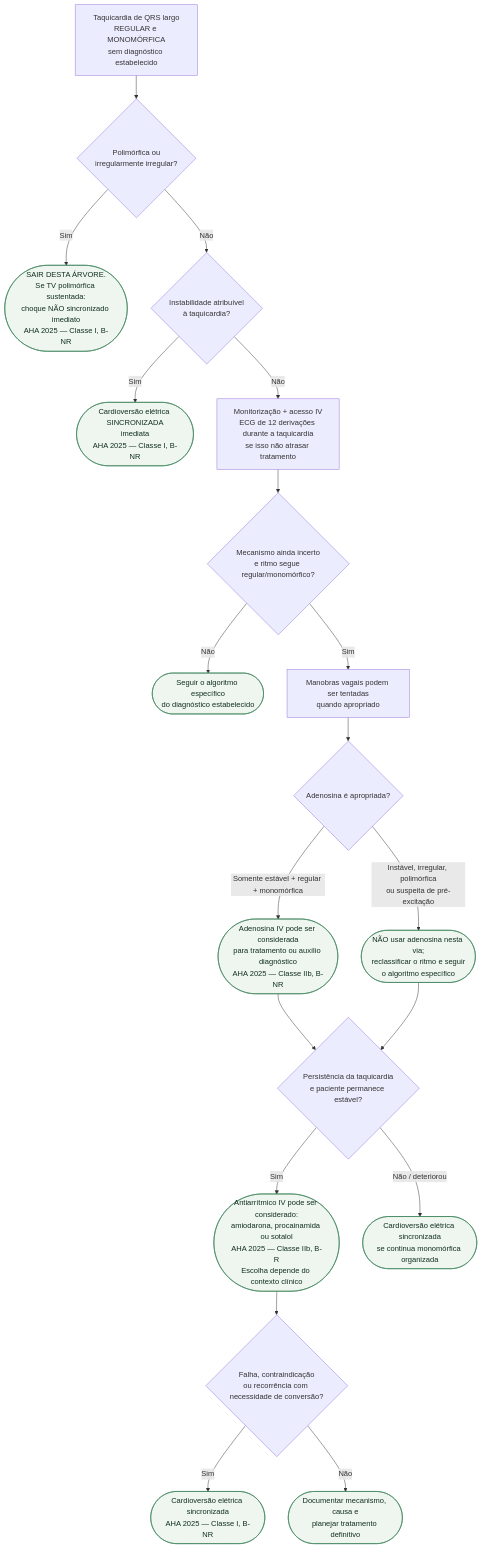
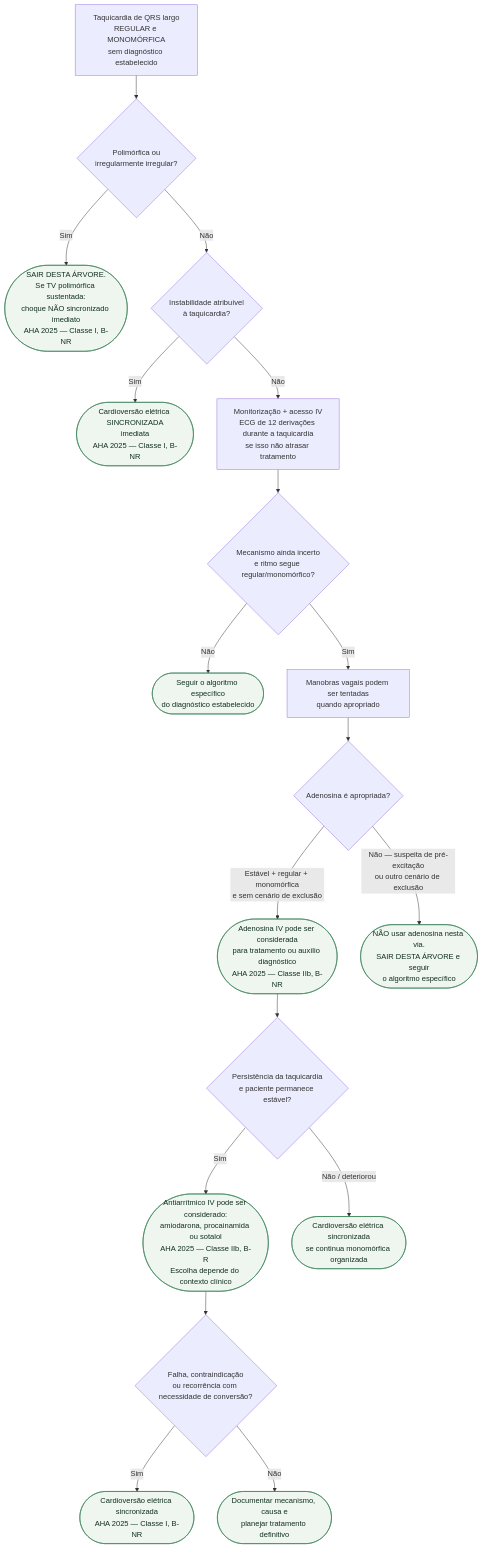
One commit to rafaelpaesmeirelles/MeuCardio changed the diagram in content/Arritmias/fluxograma-taquicardia-de-qrs-largo-esc-2019.md. Above: the diagram before and after it, drawn with Mermaid.

Commit message:
fix(corpus): fechar ramo de exclusão do algoritmo de QRS largo

````diff
--- a/content/Arritmias/fluxograma-taquicardia-de-qrs-largo-esc-2019.md
+++ b/content/Arritmias/fluxograma-taquicardia-de-qrs-largo-esc-2019.md
@@ -25,33 +25,32 @@
 ```mermaid
 flowchart TD
   R0["Taquicardia de QRS largo<br/>REGULAR e MONOMÓRFICA<br/>sem diagnóstico estabelecido"] --> D0{"Polimórfica ou<br/>irregularmente irregular?"}
 
   D0 -->|"Sim"| X0(["SAIR DESTA ÁRVORE.<br/>Se TV polimórfica sustentada:<br/>choque NÃO sincronizado imediato<br/>AHA 2025 — Classe I, B-NR"])
   D0 -->|"Não"| D1{"Instabilidade atribuível<br/>à taquicardia?"}
 
   D1 -->|"Sim"| C1(["Cardioversão elétrica SINCRONIZADA<br/>imediata<br/>AHA 2025 — Classe I, B-NR"])
 
   D1 -->|"Não"| P1["Monitorização + acesso IV<br/>ECG de 12 derivações durante a taquicardia<br/>se isso não atrasar tratamento"]
 
   P1 --> D2{"Mecanismo ainda incerto<br/>e ritmo segue regular/monomórfico?"}
 
   D2 -->|"Não"| C2(["Seguir o algoritmo específico<br/>do diagnóstico estabelecido"])
   D2 -->|"Sim"| P2["Manobras vagais podem ser tentadas<br/>quando apropriado"]
 
   P2 --> D3{"Adenosina é apropriada?"}
-  D3 -->|"Somente estável + regular + monomórfica"| C3(["Adenosina IV pode ser considerada<br/>para tratamento ou auxílio diagnóstico<br/>AHA 2025 — Classe IIb, B-NR"])
-  D3 -->|"Instável, irregular, polimórfica<br/>ou suspeita de pré-excitação"| C4(["NÃO usar adenosina nesta via;<br/>reclassificar o ritmo e seguir<br/>o algoritmo específico"])
+  D3 -->|"Estável + regular + monomórfica<br/>e sem cenário de exclusão"| C3(["Adenosina IV pode ser considerada<br/>para tratamento ou auxílio diagnóstico<br/>AHA 2025 — Classe IIb, B-NR"])
+  D3 -->|"Não — suspeita de pré-excitação<br/>ou outro cenário de exclusão"| C4(["NÃO usar adenosina nesta via.<br/>SAIR DESTA ÁRVORE e seguir<br/>o algoritmo específico"])
 
   C3 --> D4{"Persistência da taquicardia<br/>e paciente permanece estável?"}
-  C4 --> D4
 
   D4 -->|"Sim"| C5(["Antiarrítmico IV pode ser considerado:<br/>amiodarona, procainamida ou sotalol<br/>AHA 2025 — Classe IIb, B-R<br/>Escolha depende do contexto clínico"])
   D4 -->|"Não / deteriorou"| C6(["Cardioversão elétrica sincronizada<br/>se continua monomórfica organizada"])
 
   C5 --> D5{"Falha, contraindicação<br/>ou recorrência com necessidade de conversão?"}
   D5 -->|"Sim"| C7(["Cardioversão elétrica sincronizada<br/>AHA 2025 — Classe I, B-NR"])
   D5 -->|"Não"| C8(["Documentar mecanismo, causa e<br/>planejar tratamento definitivo"])
 
   classDef conduta fill:#eef6ef,stroke:#2f7a4f,color:#12301f;
   class X0,C1,C2,C3,C4,C5,C6,C7,C8 conduta;
 ```
````
